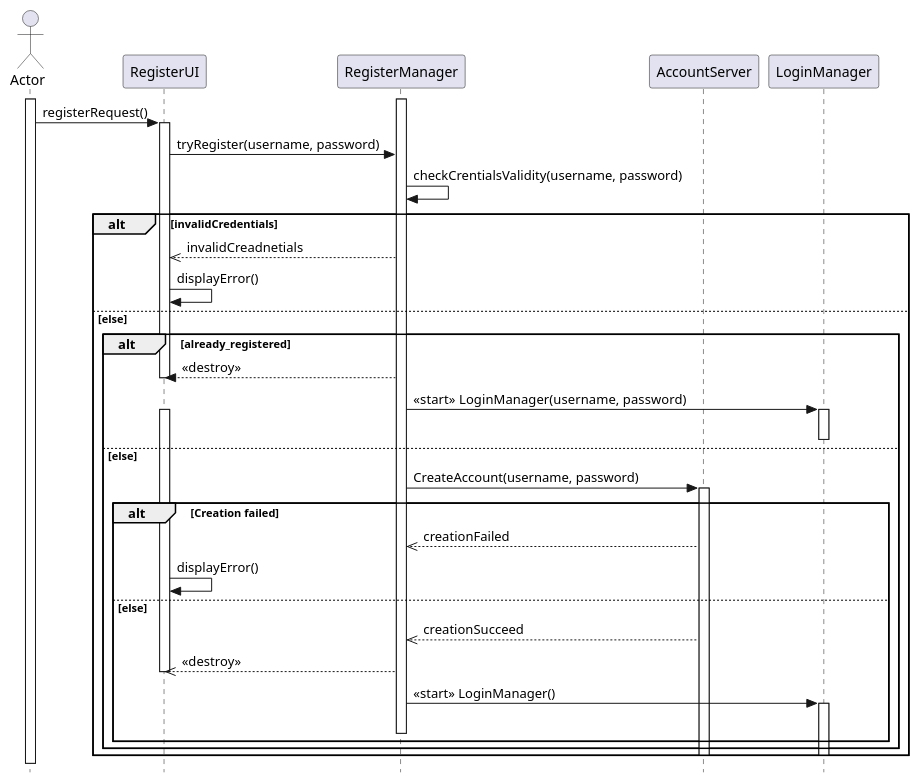
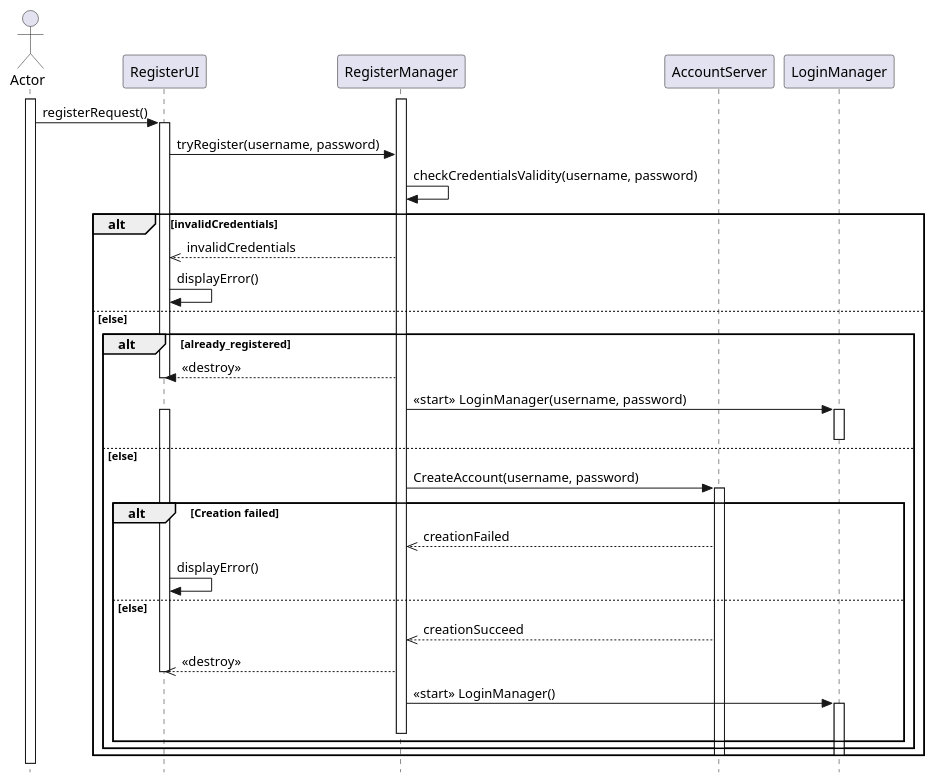
One commit to ulb-info2-group5/Royal-Blocks changed the diagram in SRD-DOC/uml/sequence/inscription/inscription.plantuml. Above: the diagram before and after it, drawn with PlantUML. The commit also changed 5 other files, not shown here.

Commit message:
small changes with uml

```diff
--- a/SRD-DOC/uml/sequence/inscription/inscription.plantuml
+++ b/SRD-DOC/uml/sequence/inscription/inscription.plantuml
@@ -1,53 +1,53 @@
 @startuml 
 
 skinparam style strictuml
 
 actor Actor
 participant RegisterUI
 participant RegisterManager
 participant AccountServer
 participant LoginManager
 activate Actor
 activate RegisterManager
 
 Actor -> RegisterUI : registerRequest()
 activate RegisterUI
 RegisterUI -> RegisterManager : tryRegister(username, password)
 
-RegisterManager -> RegisterManager : checkCrentialsValidity(username, password)
+RegisterManager -> RegisterManager : checkCredentialsValidity(username, password)
 alt invalidCredentials
-    RegisterManager -->> RegisterUI : invalidCreadnetials
+    RegisterManager -->> RegisterUI : invalidCredentials
     RegisterUI -> RegisterUI : displayError()
 else else
     alt already_registered
         RegisterManager --> RegisterUI : <<destroy>>
         deactivate RegisterUI
         RegisterManager -> LoginManager : <<start>>  LoginManager(username, password)
         activate LoginManager
         
         deactivate LoginManager
          
     else else
         activate RegisterUI 
         RegisterManager -> AccountServer : CreateAccount(username, password)
        
 
         activate AccountServer
     alt Creation failed
         AccountServer -->> RegisterManager : creationFailed
         RegisterUI -> RegisterUI : displayError()
     else else 
         AccountServer -->> RegisterManager : creationSucceed
         RegisterManager -->> RegisterUI : <<destroy>>
         deactivate RegisterUI
 
 RegisterManager -> LoginManager : <<start>> LoginManager()
 activate LoginManager
 deactivate RegisterManager
 end
 end
 deactivate LoginManager
 deactivate AccountServer 
 end
  
 @enduml
```
